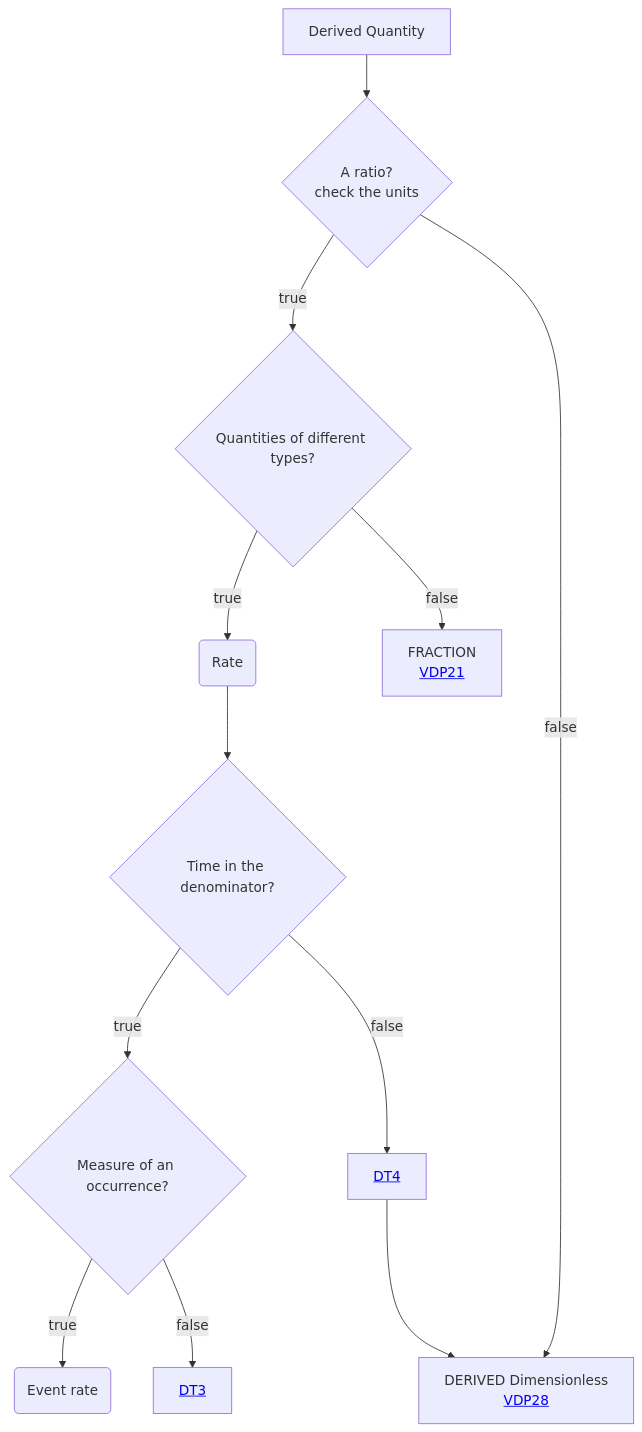
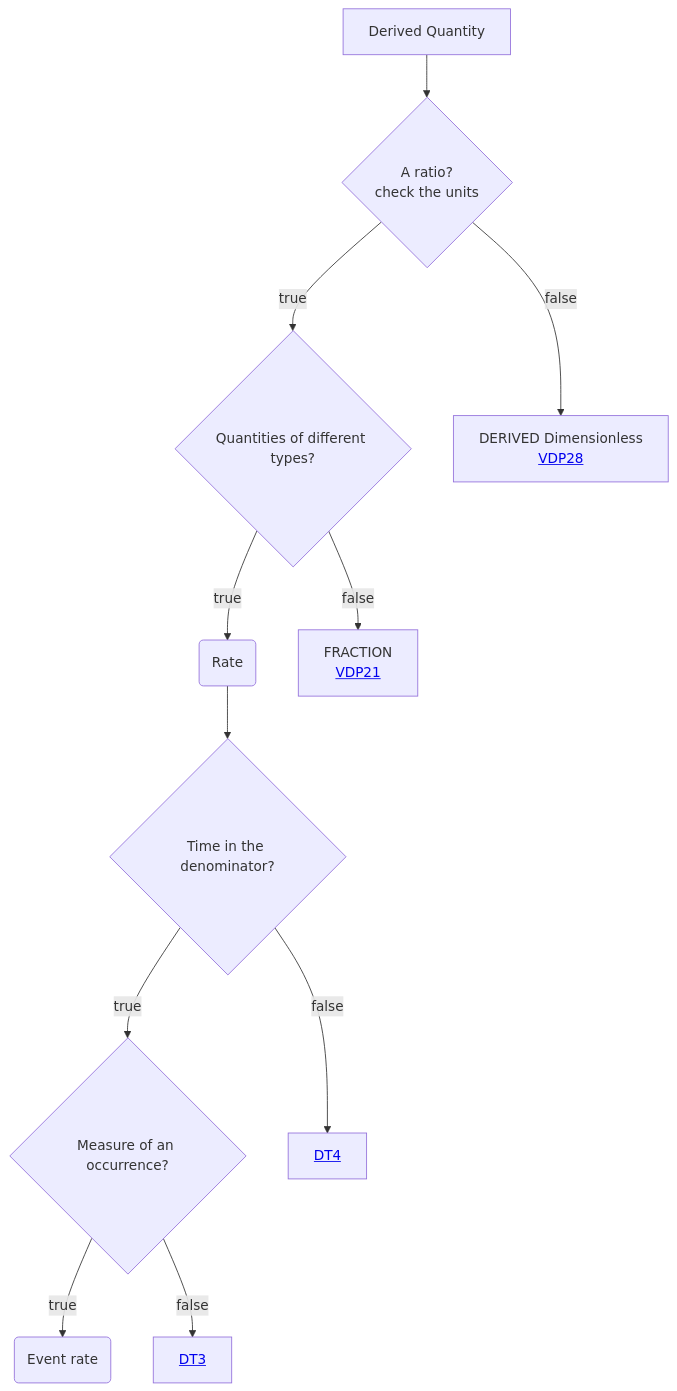
One commit to mabablue/I-ADOPT-patterns-playground changed the diagram in Decisition_trees/DT2.mmd. Above: the diagram before and after it, drawn with Mermaid.

```diff
--- a/Decisition_trees/DT2.mmd
+++ b/Decisition_trees/DT2.mmd
@@ -1,12 +1,11 @@
 flowchart TD
     A[Derived Quantity] --> B{A ratio?<br>check the units}
     B --> |true|C{Quantities of different types?} 
     B --> |false|I[DERIVED Dimensionless <br> <a href='https://github.com/mabablue/I-ADOPT-patterns-playground/blob/main/pattern/VDP28.yaml'>VDP28</a>]
     C --> |true|MN(Rate) 
     MN --> N{Time in the denominator?}
     C --> |false|D[FRACTION <br> <a href='https://github.com/mabablue/I-ADOPT-patterns-playground/blob/main/pattern/VDP21.yaml'>VDP21</a>]
     N --> |true|E{Measure of an occurrence?}
     N --> |false|O[<a href='https://github.com/mabablue/I-ADOPT-patterns-playground/blob/main/Decisition_trees/DT4.mmd'>DT4</a>]
-    O --> I
     E --> |true|L(Event rate)
     E --> |false|K[<a href='https://github.com/mabablue/I-ADOPT-patterns-playground/blob/main/Decisition_trees/DT3.mmd'>DT3</a>]
```
